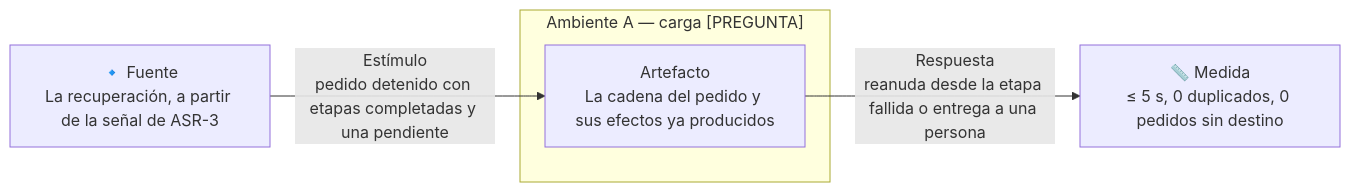
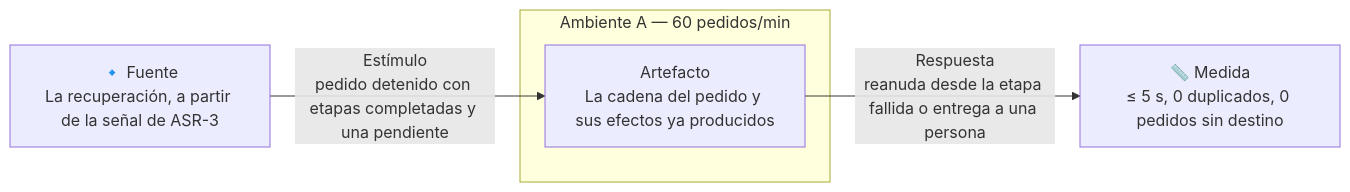
One commit to MATI-MBIT/arqsoft-reto-2 changed the fourth of 4 diagrams in docs/quality-attributes.md. Above: the diagram before and after it, drawn with Mermaid. The commit also changed other lines of this file, not shown here.

First line of the commit message:
Ajusta las fichas de los ASR al formato y fija las cifras de carga

````diff
--- a/docs/quality-attributes.md
+++ b/docs/quality-attributes.md
@@ -160,9 +188,9 @@
 ```mermaid
 flowchart LR
     F["🔹 Fuente<br/>La recuperación, a partir de la señal de ASR-3"]
     F -- "Estímulo<br/>pedido detenido con etapas completadas y una pendiente" --> A
-    subgraph AMB["Ambiente A — carga [PREGUNTA]"]
+    subgraph AMB["Ambiente A — 60 pedidos/min"]
         A["Artefacto<br/>La cadena del pedido y sus efectos ya producidos"]
     end
     A -- "Respuesta<br/>reanuda desde la etapa fallida o entrega a una persona" --> M["📏 Medida<br/>≤ 5 s, 0 duplicados, 0 pedidos sin destino"]
 ```
````
